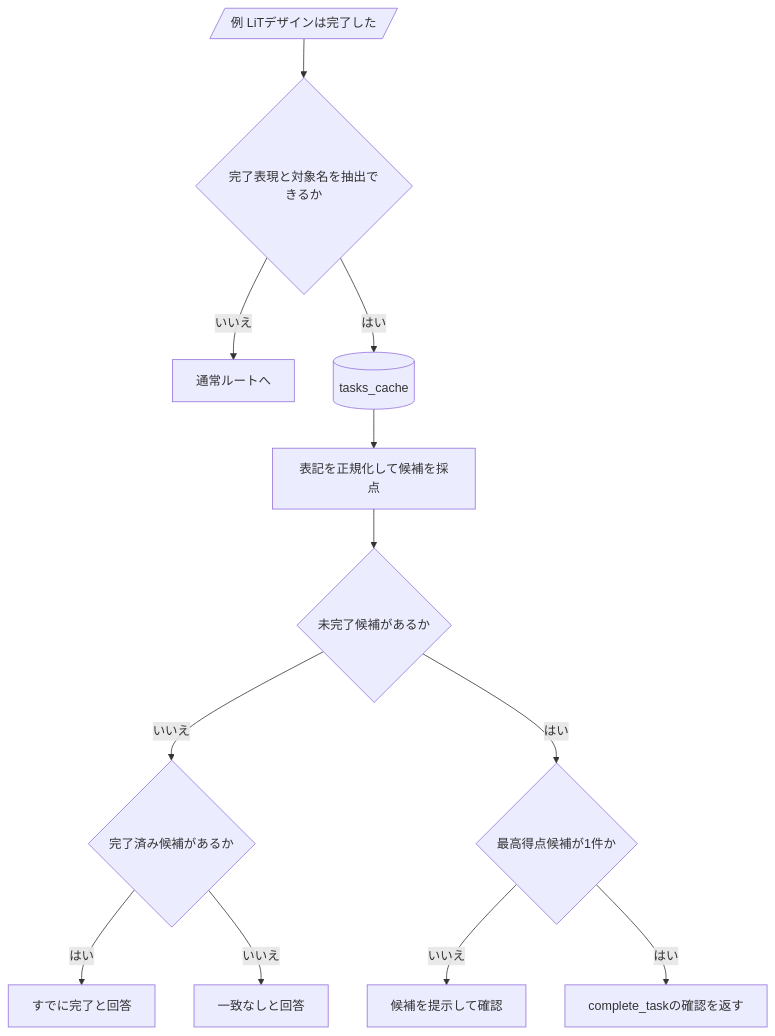
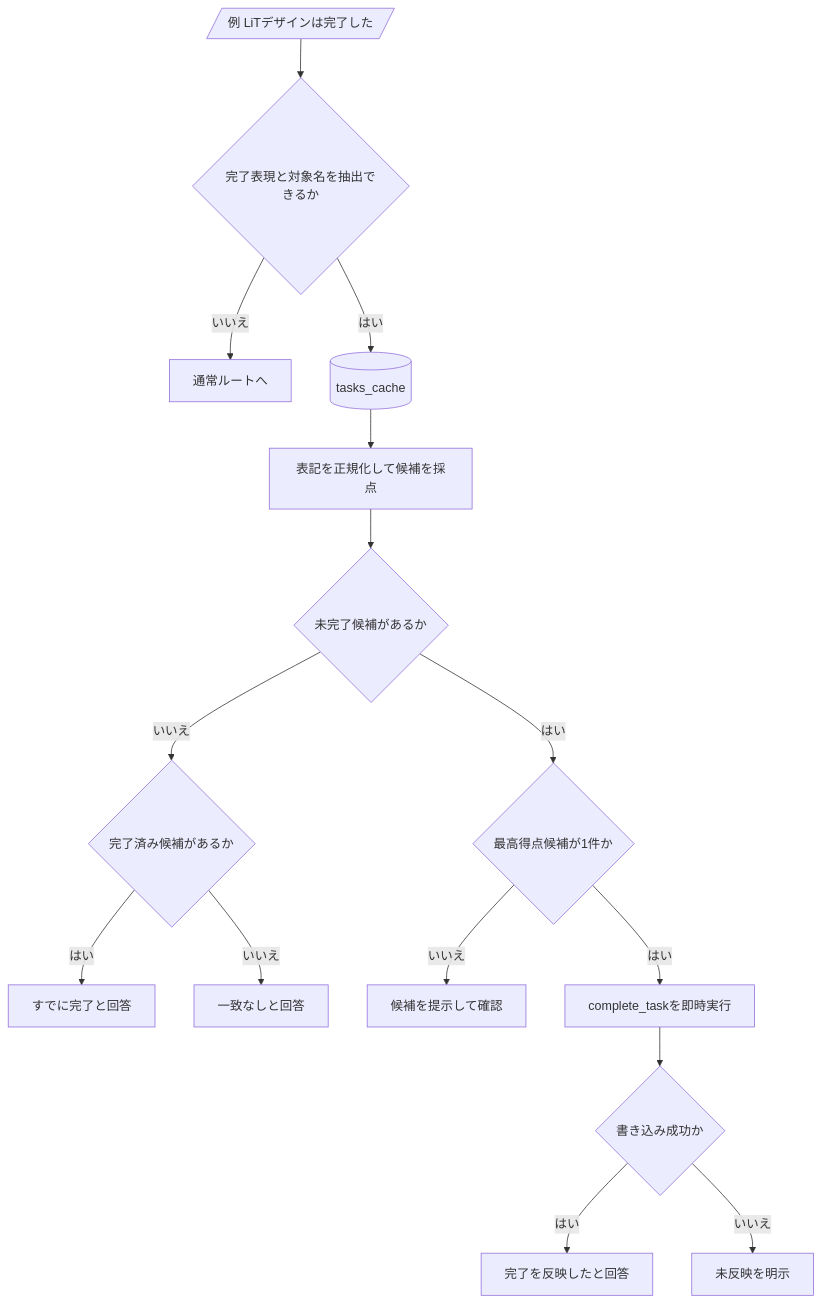
One commit to Soso2e/PETIT changed diagram 11 of 18 in docs/runtime-flows.md. Above: the diagram before and after it, drawn with Mermaid. The commit also changed other lines of this file and 19 other files, not shown here.

````diff
--- a/docs/runtime-flows.md
+++ b/docs/runtime-flows.md
@@ -411,25 +413,30 @@
 ```mermaid
 flowchart TD
     input[/例 LiTデザインは完了した/]
     extract{完了表現と対象名を抽出できるか}
     skip[通常ルートへ]
     cache[(tasks_cache)]
     score[表記を正規化して候補を採点]
     active{未完了候補があるか}
     completed{完了済み候補があるか}
     already[すでに完了と回答]
     none[一致なしと回答]
     unique{最高得点候補が1件か}
     multiple[候補を提示して確認]
-    confirm[complete_taskの確認を返す]
+    execute[complete_taskを即時実行]
+    failed{書き込み成功か}
+    success[完了を反映したと回答]
+    failure[未反映を明示]
 
     input --> extract
     extract -->|いいえ| skip
     extract -->|はい| cache --> score --> active
     active -->|いいえ| completed
     completed -->|はい| already
     completed -->|いいえ| none
     active -->|はい| unique
     unique -->|いいえ| multiple
-    unique -->|はい| confirm
+    unique -->|はい| execute --> failed
+    failed -->|はい| success
+    failed -->|いいえ| failure
 ```
````
